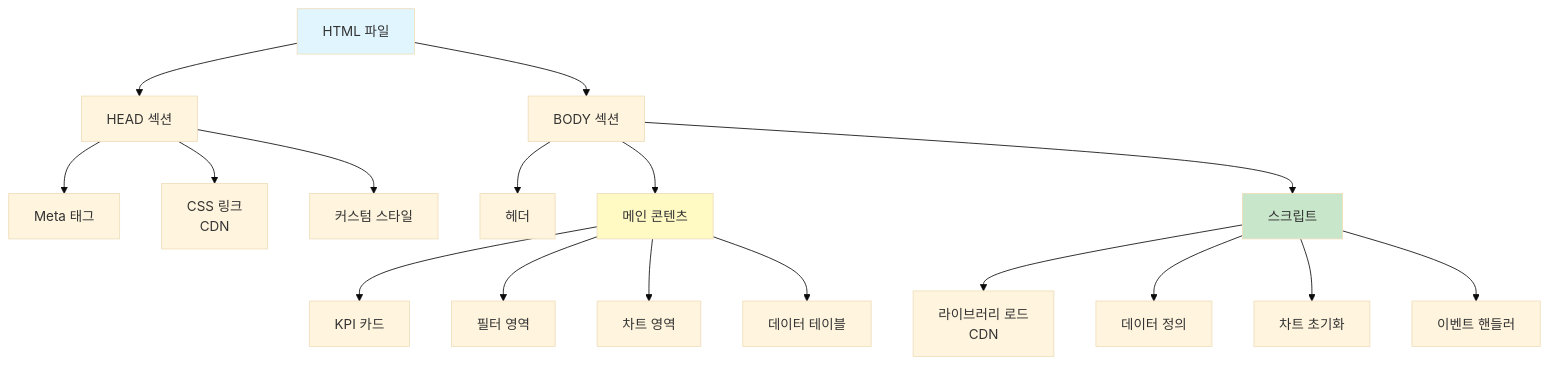
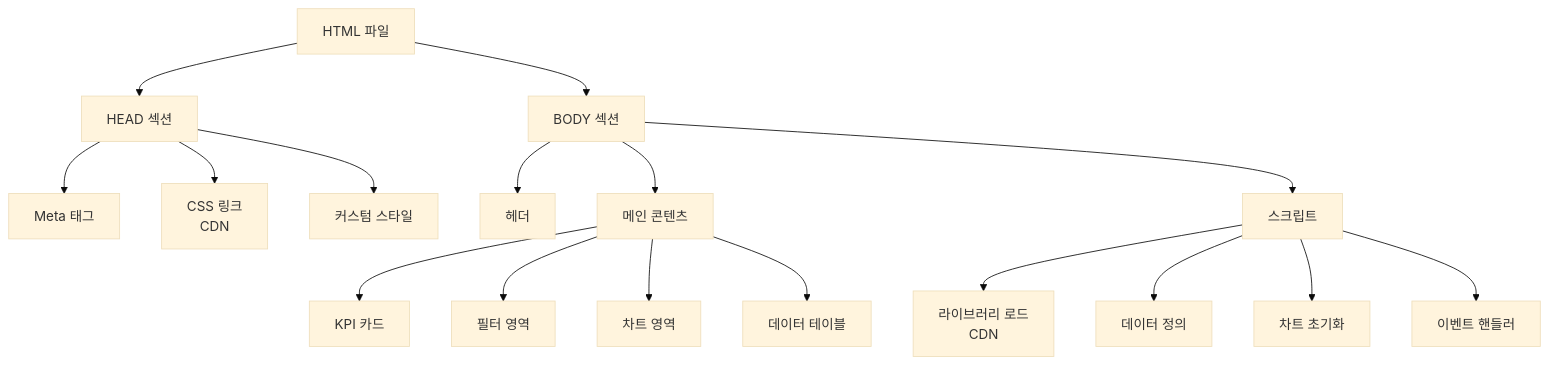
The fifth of 8 diagrams in _md/genai-notion/chapter04/04-3.md (nugurejeil/weniVooks), drawn with Mermaid (base theme) before and after one commit. The commit also changed other lines of this file and 187 other files, not shown here.

````diff
--- a/_md/genai-notion/chapter04/04-3.md
+++ b/_md/genai-notion/chapter04/04-3.md
@@ -349,27 +340,23 @@
 ```mermaid
 graph TD
     A[HTML 파일] --> B[HEAD 섹션]
     A --> C[BODY 섹션]
 
     B --> D[Meta 태그]
     B --> E[CSS 링크<br/>CDN]
     B --> F[커스텀 스타일]
 
     C --> G[헤더]
     C --> H[메인 콘텐츠]
     C --> I[스크립트]
 
     H --> J[KPI 카드]
     H --> K[필터 영역]
     H --> L[차트 영역]
     H --> M[데이터 테이블]
 
     I --> N[라이브러리 로드<br/>CDN]
     I --> O[데이터 정의]
     I --> P[차트 초기화]
-    I --> Q[이벤트 핸들러]
-
-    style A fill:#E1F5FE
-    style H fill:#FFF9C4
-    style I fill:#C8E6C9
+    I --> Q["이벤트 핸들러"]
 ```
````
